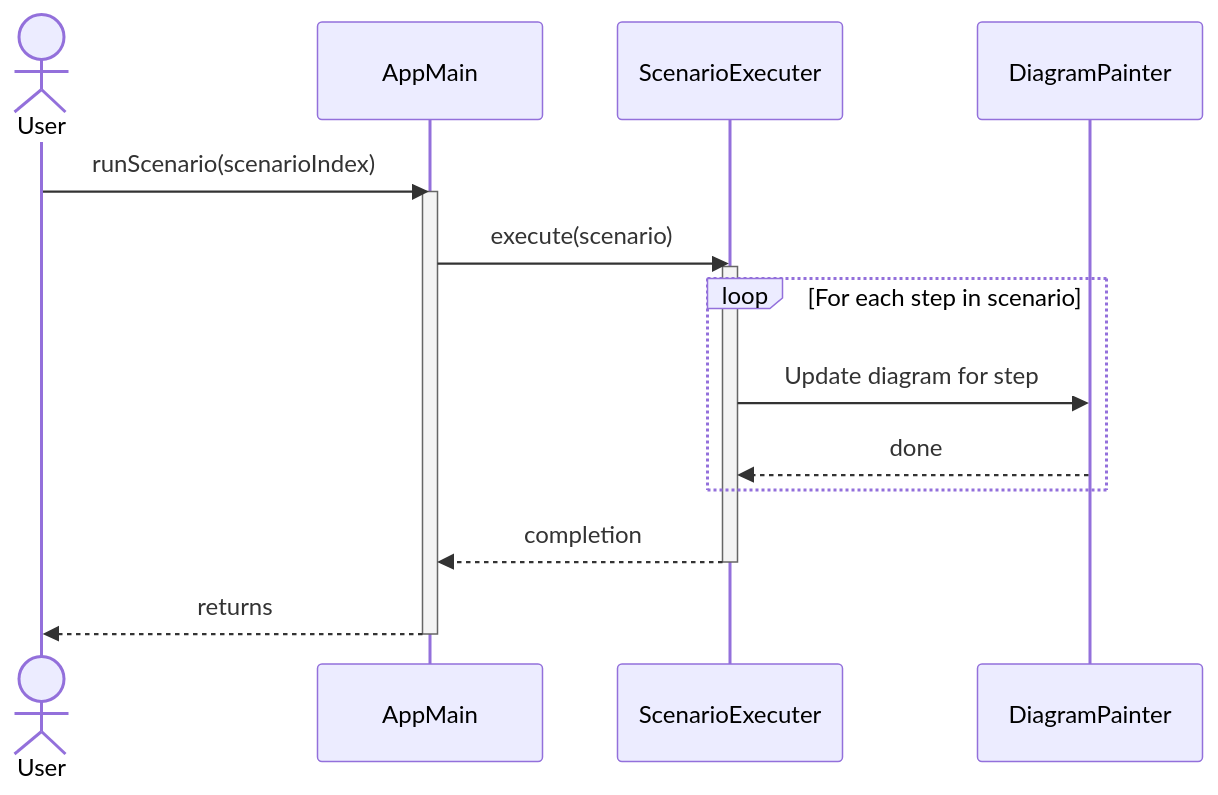
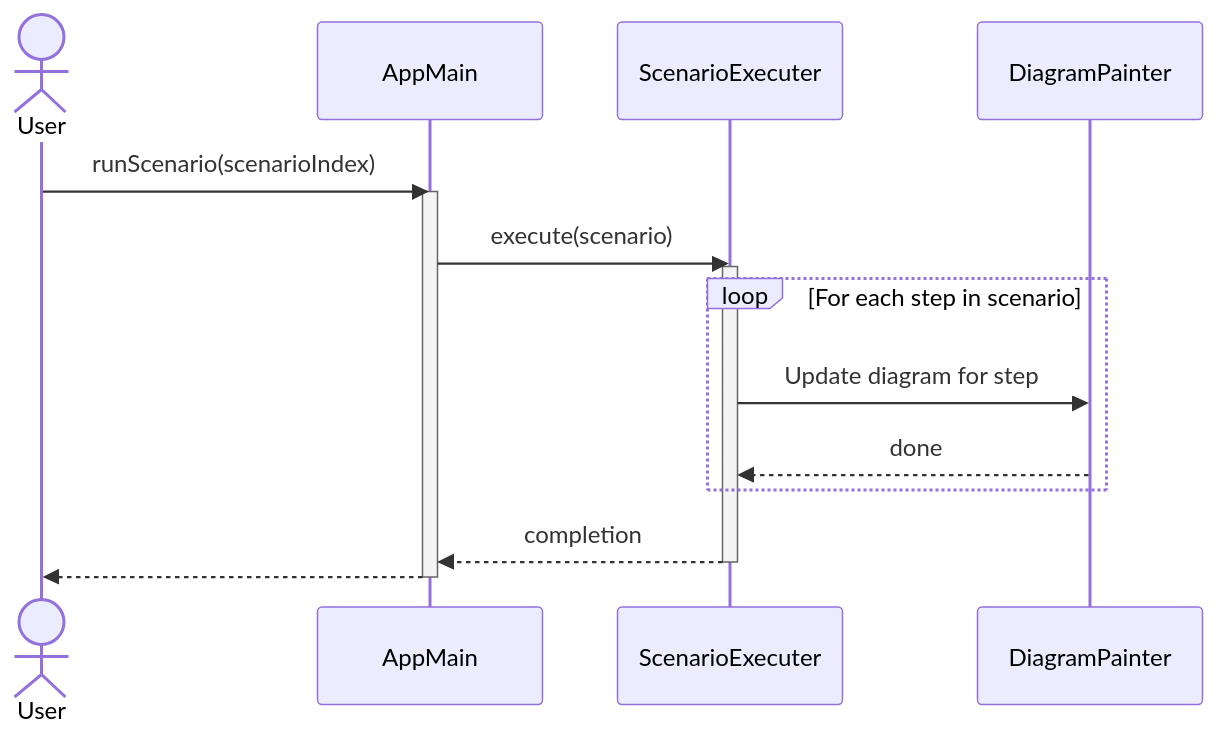
One commit to slior/Scenaria changed the third of 3 diagrams in docs/2_Architecture.md. Above: the diagram before and after it, drawn with Mermaid. The commit also changed other lines of this file and 1 other file, not shown here.

````diff
--- a/docs/2_Architecture.md
+++ b/docs/2_Architecture.md
@@ -85,20 +85,20 @@
 ```mermaid
 sequenceDiagram
     actor User
     participant AppMain
     participant ScenarioExecuter
     participant DiagramPainter
 
     User->>AppMain: runScenario(scenarioIndex)
     activate AppMain
     AppMain->>ScenarioExecuter: execute(scenario)
     activate ScenarioExecuter
     loop For each step in scenario
         ScenarioExecuter->>DiagramPainter: Update diagram for step
         DiagramPainter-->>ScenarioExecuter: done
     end
     ScenarioExecuter-->>AppMain: completion
     deactivate ScenarioExecuter
-    AppMain-->>User: returns
+    AppMain-->>User:  
     deactivate AppMain
 ```
````
